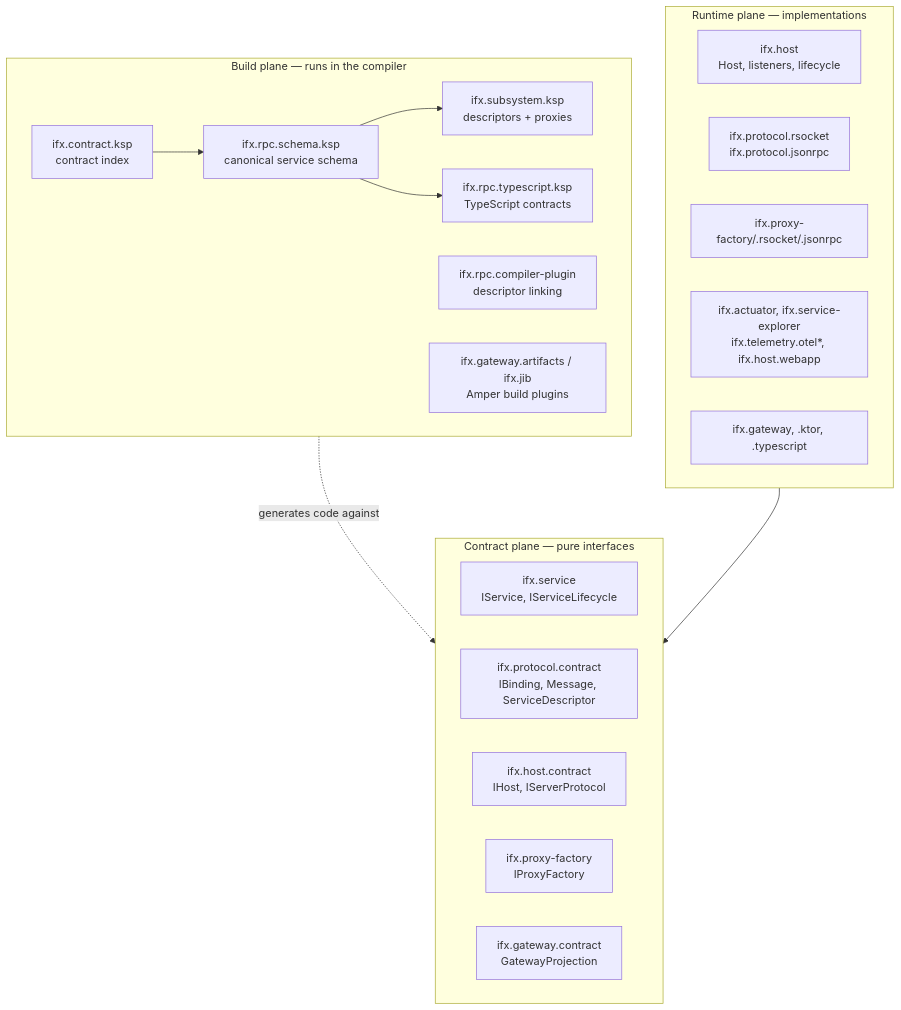
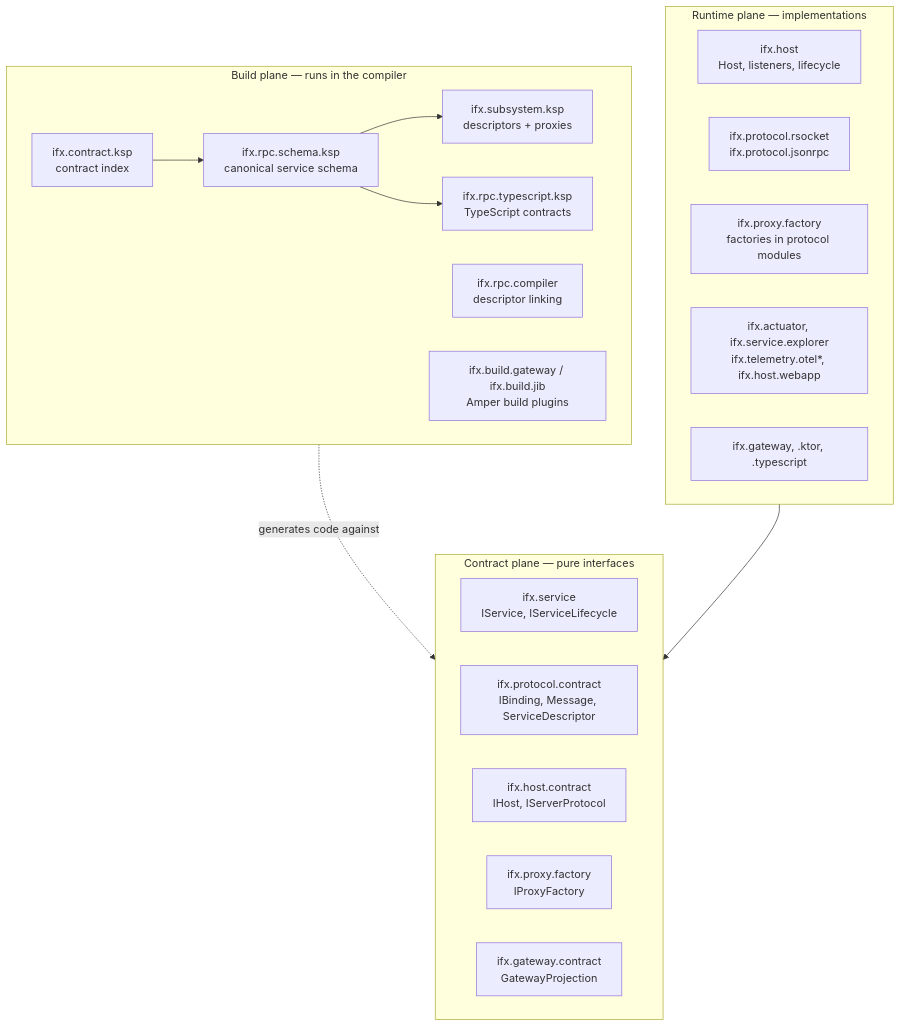
The first of 3 diagrams in docs/architecture.md (carbide-ifx/carbide), drawn with Mermaid before and after one commit. The commit also changed other lines of this file and 57 other files, not shown here.

````diff
--- a/docs/architecture.md
+++ b/docs/architecture.md
@@ -26,33 +26,33 @@
 ```mermaid
 flowchart TB
     subgraph build["Build plane — runs in the compiler"]
         idx["ifx.contract.ksp<br/>contract index"]
         schema["ifx.rpc.schema.ksp<br/>canonical service schema"]
         desc["ifx.subsystem.ksp<br/>descriptors + proxies"]
-        ir["ifx.rpc.compiler-plugin<br/>descriptor linking"]
+        ir["ifx.rpc.compiler<br/>descriptor linking"]
         ts["ifx.rpc.typescript.ksp<br/>TypeScript contracts"]
-        art["ifx.gateway.artifacts / ifx.jib<br/>Amper build plugins"]
+        art["ifx.build.gateway / ifx.build.jib<br/>Amper build plugins"]
         idx --> schema
         schema --> desc
         schema --> ts
     end
 
     subgraph contract["Contract plane — pure interfaces"]
         svc["ifx.service<br/>IService, IServiceLifecycle"]
         proto["ifx.protocol.contract<br/>IBinding, Message, ServiceDescriptor"]
         hostc["ifx.host.contract<br/>IHost, IServerProtocol"]
-        proxyc["ifx.proxy-factory<br/>IProxyFactory"]
+        proxyc["ifx.proxy.factory<br/>IProxyFactory"]
         gwc["ifx.gateway.contract<br/>GatewayProjection"]
     end
 
     subgraph runtime["Runtime plane — implementations"]
         host["ifx.host<br/>Host, listeners, lifecycle"]
         protos["ifx.protocol.rsocket<br/>ifx.protocol.jsonrpc"]
-        proxies["ifx.proxy-factory/.rsocket/.jsonrpc"]
-        tools["ifx.actuator, ifx.service-explorer<br/>ifx.telemetry.otel*, ifx.host.webapp"]
+        proxies["ifx.proxy.factory<br/>factories in protocol modules"]
+        tools["ifx.actuator, ifx.service.explorer<br/>ifx.telemetry.otel*, ifx.host.webapp"]
         gw["ifx.gateway, .ktor, .typescript"]
     end
 
     build -. "generates code against" .-> contract
     runtime --> contract
 ```
````
